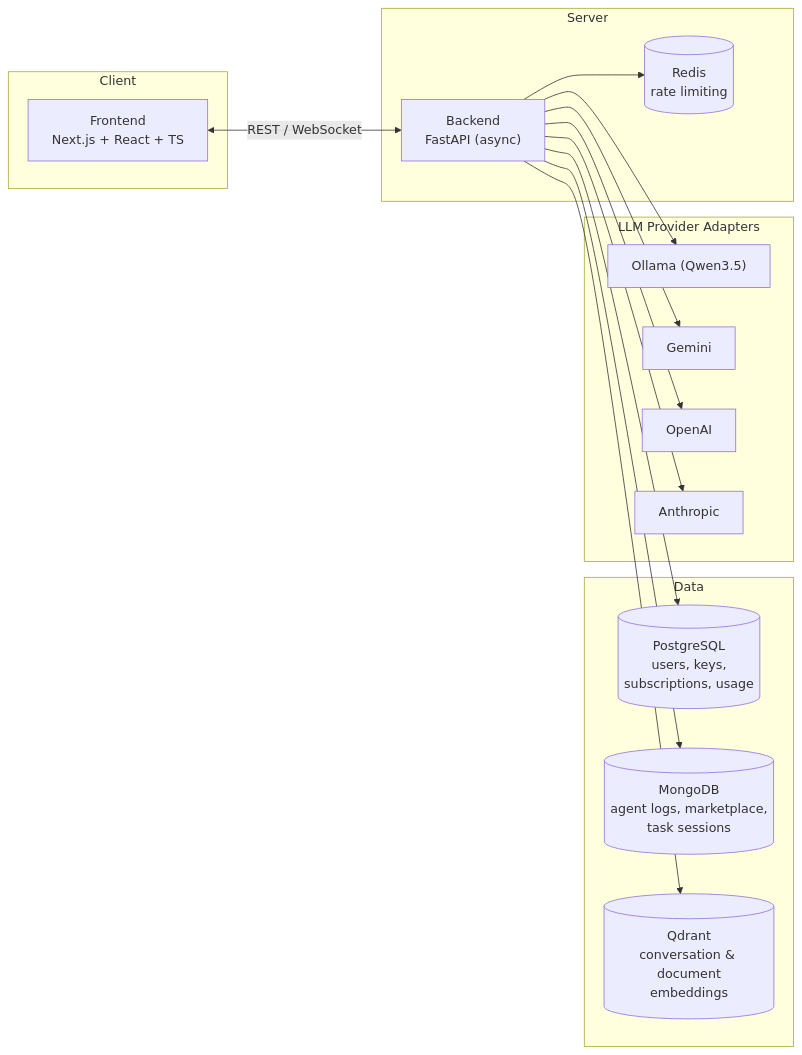
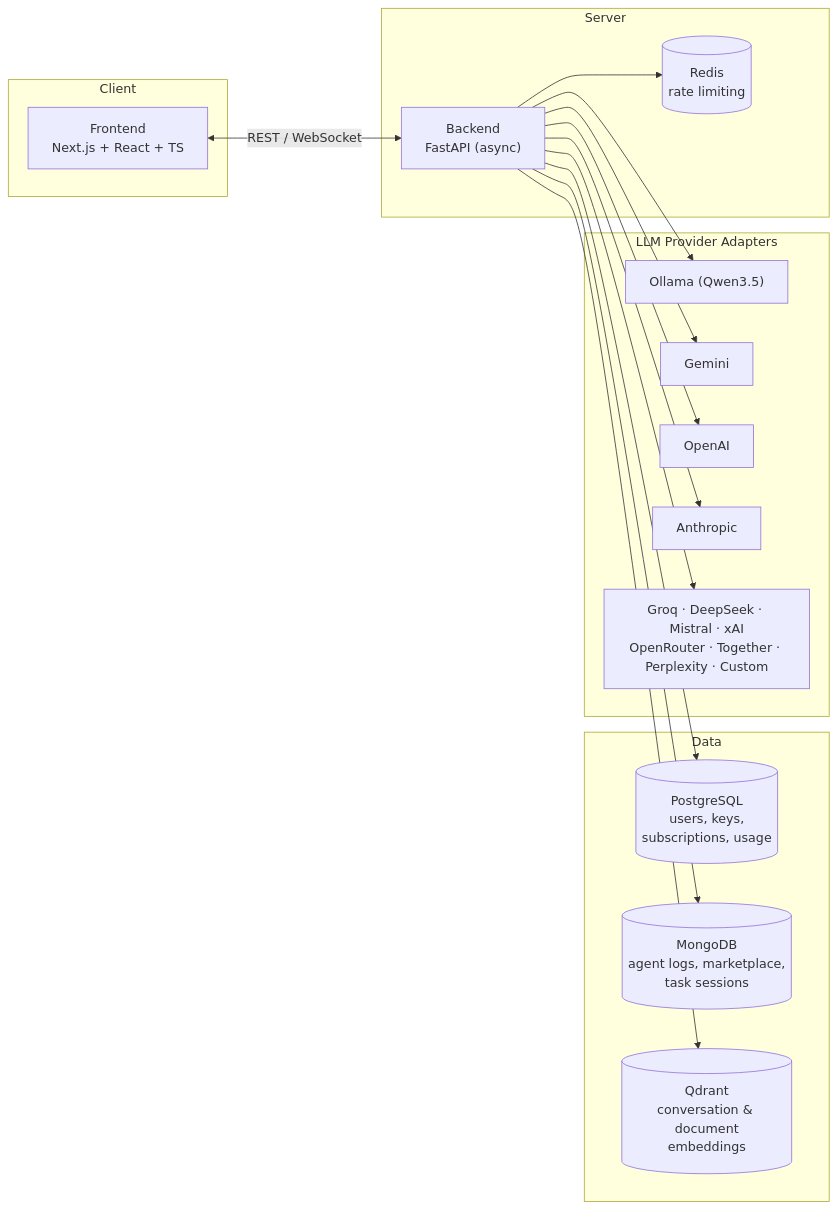
The third of 3 diagrams in README.md (Yigtwxx/Maestro), drawn with Mermaid before and after one commit. The commit also changed other lines of this file, not shown here.

````diff
--- a/README.md
+++ b/README.md
@@ -108,31 +118,33 @@
 ```mermaid
 flowchart LR
     subgraph Client
         FE["Frontend<br/>Next.js + React + TS"]
     end
     subgraph Server
         BE["Backend<br/>FastAPI (async)"]
         RD[("Redis<br/>rate limiting")]
     end
     subgraph Data
         PG[("PostgreSQL<br/>users, keys,<br/>subscriptions, usage")]
         MG[("MongoDB<br/>agent logs, marketplace,<br/>task sessions")]
         QD[("Qdrant<br/>conversation &amp; document<br/>embeddings")]
     end
     subgraph Providers["LLM Provider Adapters"]
         OL["Ollama (Qwen3.5)"]
         GM["Gemini"]
         OA["OpenAI"]
         AN["Anthropic"]
+        MORE["Groq · DeepSeek · Mistral · xAI<br/>OpenRouter · Together · Perplexity · Custom"]
     end
 
     FE <-- "REST / WebSocket" --> BE
     BE --> RD
     BE --> PG
     BE --> MG
     BE --> QD
     BE --> OL
     BE --> GM
     BE --> OA
     BE --> AN
+    BE --> MORE
 ```
````
